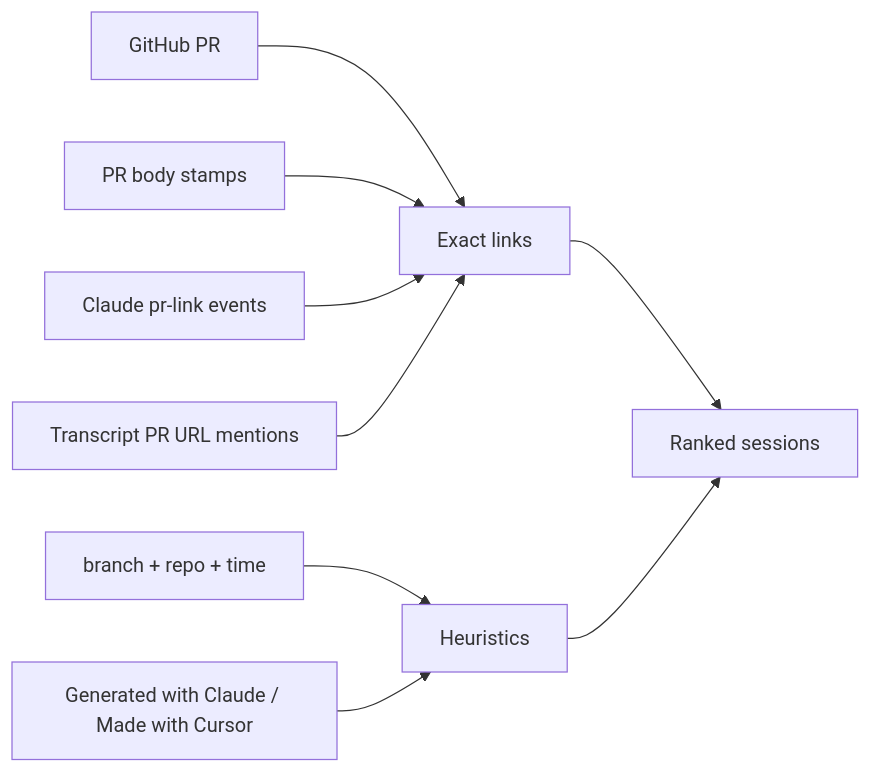
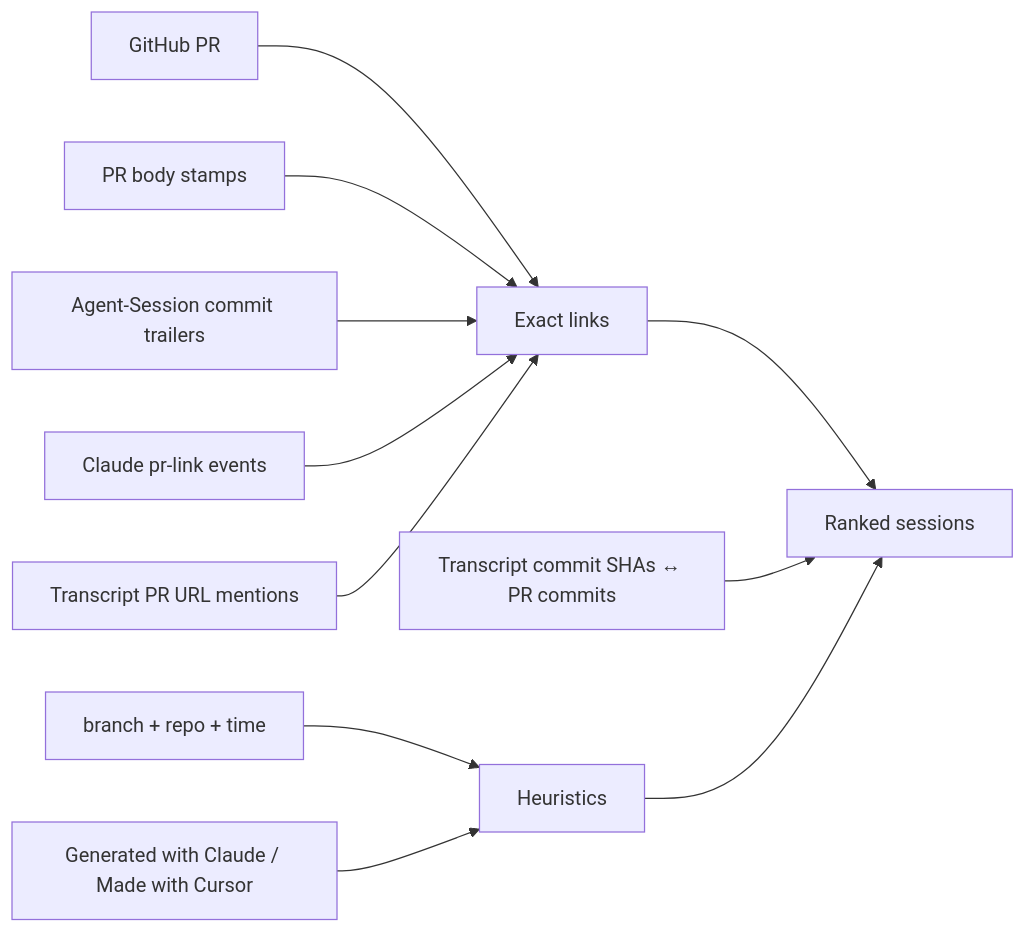
Before and after one commit to daviskeene/pr-session: the diagram in README.md, drawn with Mermaid. The commit also changed other lines of this file and 29 other files, not shown here.

First line of the commit message:
Session merging, scan cache, commit-SHA matching, list command, compact lookup UX.

````diff
--- a/README.md
+++ b/README.md
@@ -79,11 +84,13 @@
 ```mermaid
 flowchart LR
   PR[GitHub PR] --> Exact
   Exact[Exact links] --> Out[Ranked sessions]
+  CommitSha[Transcript commit SHAs ↔ PR commits] --> Out
   Heuristic[Heuristics] --> Out
   Stamp[PR body stamps] --> Exact
+  Trailer[Agent-Session commit trailers] --> Exact
   ClaudePrLink[Claude pr-link events] --> Exact
   Mention[Transcript PR URL mentions] --> Exact
   Branch[branch + repo + time] --> Heuristic
   Fingerprint[Generated with Claude / Made with Cursor] --> Heuristic
 ```
````
